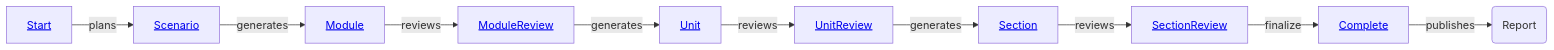
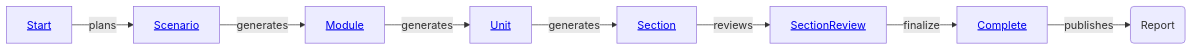
Before and after one commit to RavenView-ai/autobe: the first of 4 diagrams in website/src/content/docs/agent/event.mdx, drawn with Mermaid. The commit also changed other lines of this file and 36 other files, not shown here.

First line of the commit message:
Add getAnalysisSections guidance to analyze prompts and align write/review consistency (#1199)

````diff
--- a/website/src/content/docs/agent/event.mdx
+++ b/website/src/content/docs/agent/event.mdx
@@ -120,12 +118,10 @@
 ```mermaid
 flowchart LR
   start[<a href="/api/interfaces/_autobe_interface.AutoBeAnalyzeStartEvent.html" target="_blank"><u>Start</u></a>] --"plans"--> scenario[<a href="/api/interfaces/_autobe_interface.AutoBeAnalyzeScenarioEvent.html" target="_blank"><u>Scenario</u></a>]
   scenario --"generates"--> module[<a href="/api/interfaces/_autobe_interface.AutoBeAnalyzeWriteModuleEvent.html" target="_blank"><u>Module</u></a>]
-  module --"reviews"--> moduleReview[<a href="/api/interfaces/_autobe_interface.AutoBeAnalyzeModuleReviewEvent.html" target="_blank"><u>ModuleReview</u></a>]
-  moduleReview --"generates"--> unit[<a href="/api/interfaces/_autobe_interface.AutoBeAnalyzeWriteUnitEvent.html" target="_blank"><u>Unit</u></a>]
-  unit --"reviews"--> unitReview[<a href="/api/interfaces/_autobe_interface.AutoBeAnalyzeUnitReviewEvent.html" target="_blank"><u>UnitReview</u></a>]
-  unitReview --"generates"--> section[<a href="/api/interfaces/_autobe_interface.AutoBeAnalyzeWriteSectionEvent.html" target="_blank"><u>Section</u></a>]
+  module --"generates"--> unit[<a href="/api/interfaces/_autobe_interface.AutoBeAnalyzeWriteUnitEvent.html" target="_blank"><u>Unit</u></a>]
+  unit --"generates"--> section[<a href="/api/interfaces/_autobe_interface.AutoBeAnalyzeWriteSectionEvent.html" target="_blank"><u>Section</u></a>]
   section --"reviews"--> sectionReview[<a href="/api/interfaces/_autobe_interface.AutoBeAnalyzeSectionReviewEvent.html" target="_blank"><u>SectionReview</u></a>]
   sectionReview --"finalize"--> complete[<a href="/api/interfaces/_autobe_interface.AutoBeAnalyzeCompleteEvent.html" target="_blank"><u>Complete</u></a>]
   complete --"publishes"--> report(Report)
 ```
````
